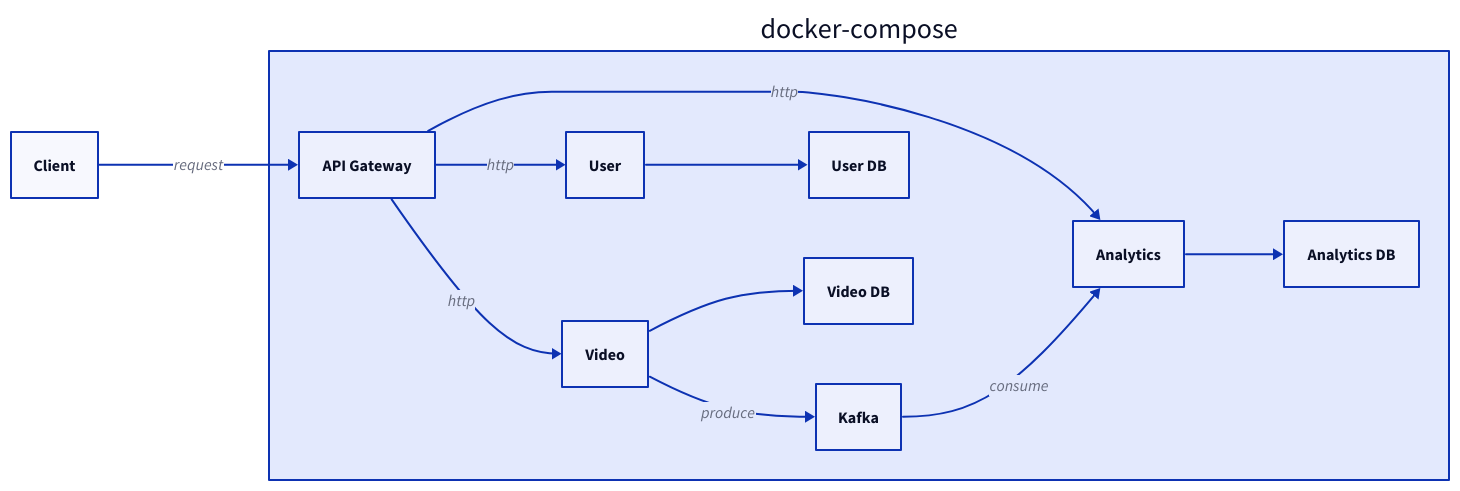
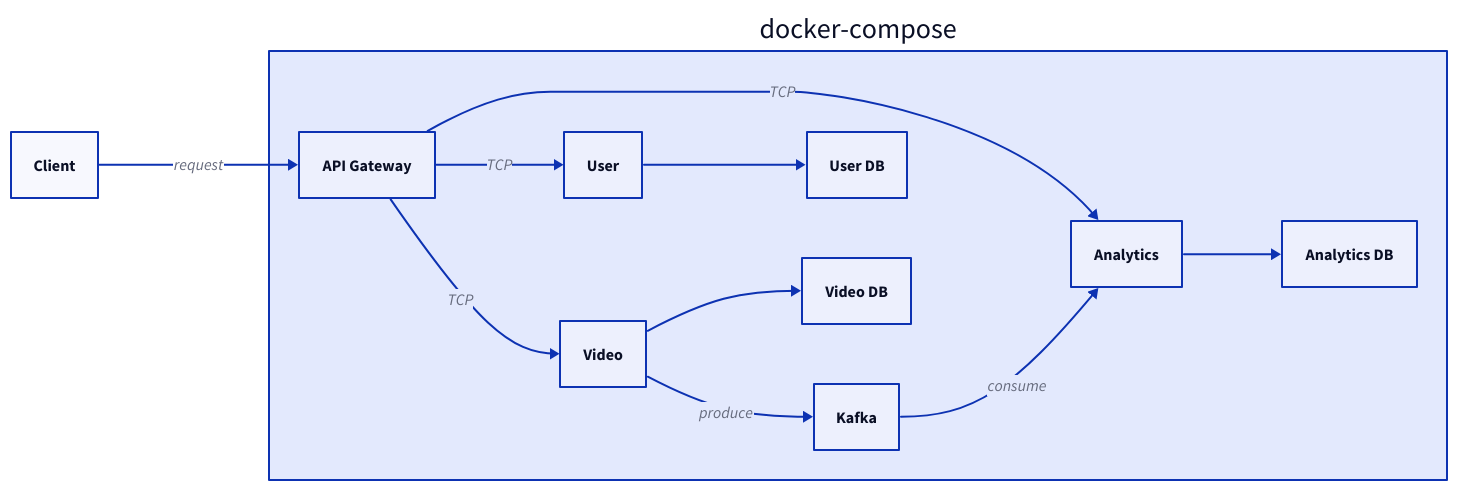
One commit to fresh502/fastcampus-nestjs-microservice changed the diagram in diagram/d2/architecture.d2. Above: the diagram before and after it, drawn with D2. The commit also changed 4 other files, not shown here.

```diff
--- a/diagram/d2/architecture.d2
+++ b/diagram/d2/architecture.d2
@@ -1,28 +1,28 @@
 direction: right
 
 client: Client
 
 client -> docker_compose.api_gateway: request
 
 docker_compose: docker-compose {
   api_gateway: API Gateway
   user: User
   video: Video
   analytics: Analytics
 
   kafka: Kafka
   user_db: User DB
   video_db: Video DB
   analytics_db: Analytics DB
 
-  api_gateway -> user: http
-  api_gateway -> video: http
-  api_gateway -> analytics: http
+  api_gateway -> user: TCP
+  api_gateway -> video: TCP
+  api_gateway -> analytics: TCP
 
   video -> kafka: produce
   kafka -> analytics: consume
 
   user -> user_db
   video -> video_db
   analytics -> analytics_db
 }
```
